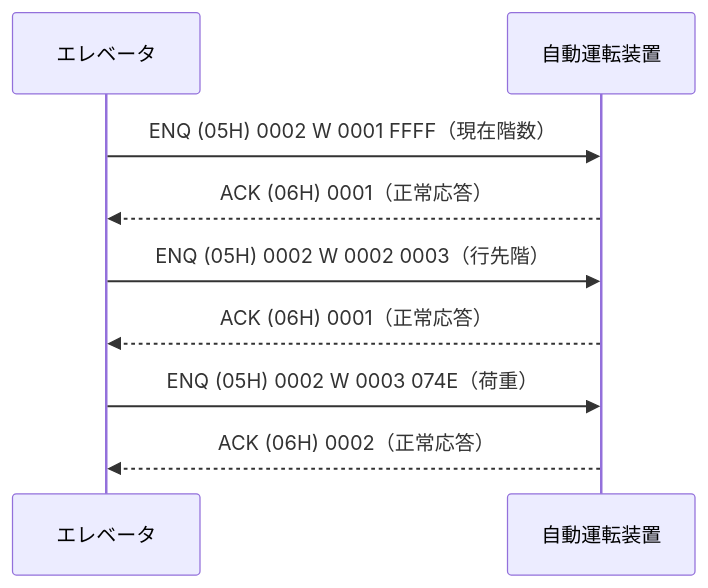
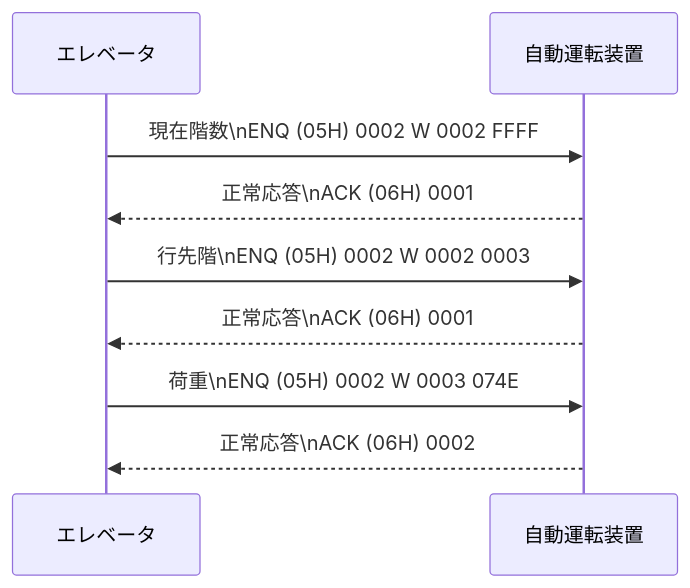
The sixth of 6 diagrams in SEC-3000H構成資料.md (isec-promotion/elevator-simulator), drawn with Mermaid before and after one commit. The commit also changed other lines of this file and 75 other files, not shown here.

````diff
--- a/SEC-3000H構成資料.md
+++ b/SEC-3000H構成資料.md
@@ -247,14 +290,14 @@
 ```mermaid
 sequenceDiagram
     participant エレベータ
     participant 自動運転装置
 
-    エレベータ->>自動運転装置: ENQ (05H) 0002 W 0001 FFFF（現在階数）
-    自動運転装置-->>エレベータ: ACK (06H) 0001（正常応答）
+    エレベータ->>自動運転装置: 現在階数\nENQ (05H) 0002 W 0002 FFFF
+    自動運転装置-->>エレベータ: 正常応答\nACK (06H) 0001
 
-    エレベータ->>自動運転装置: ENQ (05H) 0002 W 0002 0003（行先階）
-    自動運転装置-->>エレベータ: ACK (06H) 0001（正常応答）
+    エレベータ->>自動運転装置: 行先階\nENQ (05H) 0002 W 0002 0003
+    自動運転装置-->>エレベータ: 正常応答\nACK (06H) 0001
 
-    エレベータ->>自動運転装置: ENQ (05H) 0002 W 0003 074E（荷重）
-    自動運転装置-->>エレベータ: ACK (06H) 0002（正常応答）
+    エレベータ->>自動運転装置: 荷重\nENQ (05H) 0002 W 0003 074E
+    自動運転装置-->>エレベータ: 正常応答\nACK (06H) 0002
 ```
````
